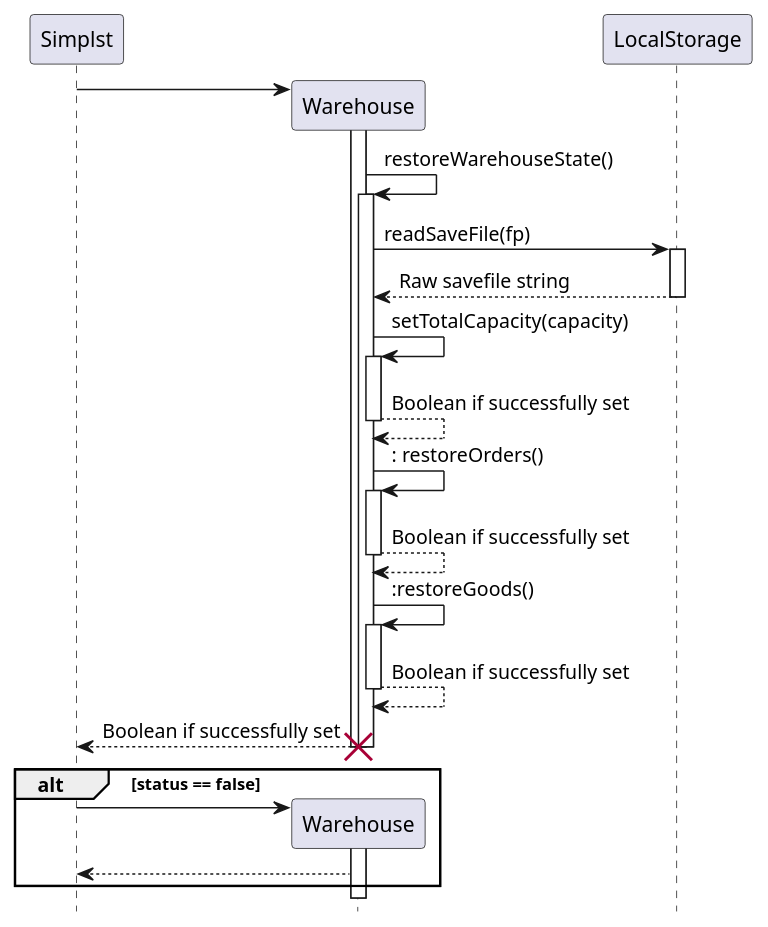
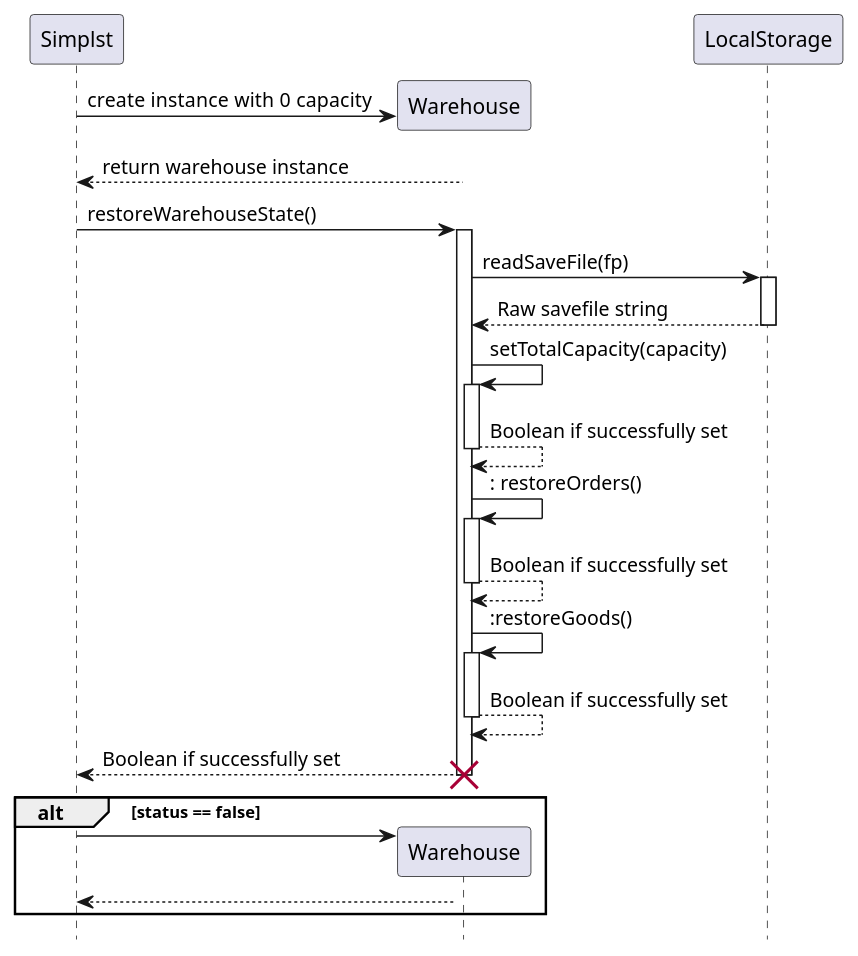
One commit to nus-cs2113-AY2122S2/tp changed the diagram in docs/diagrams/LocalStorage/RestoreStateSequence.puml. Above: the diagram before and after it, drawn with PlantUML. The commit also changed 3 other files, not shown here.

```diff
--- a/docs/diagrams/LocalStorage/RestoreStateSequence.puml
+++ b/docs/diagrams/LocalStorage/RestoreStateSequence.puml
@@ -1,31 +1,31 @@
 @startuml
 'https://plantuml.com/sequence-diagram
 hide footbox
 participant Simplst as S
 participant Warehouse as w
 participant LocalStorage as ls
 
 create w
-S -> w
-activate w
-w -> w ++ : restoreWarehouseState()
+S -> w : create instance with 0  capacity
+w --> S : return warehouse instance
+S -> w ++ : restoreWarehouseState()
 w -> ls ++ : readSaveFile(fp)
 ls --> w -- : Raw savefile string
 w -> w ++ : setTotalCapacity(capacity)
 w --> w -- : Boolean if successfully set
 w -> w ++ : : restoreOrders()
 w --> w -- : Boolean if successfully set
 w -> w ++ : :restoreGoods()
 w --> w -- : Boolean if successfully set
 w --> S : Boolean if successfully set
 deactivate w
 
 alt status == false
 destroy w
 create w
 S -> w
 activate w
 w --> S
 end
 
 @enduml
```
